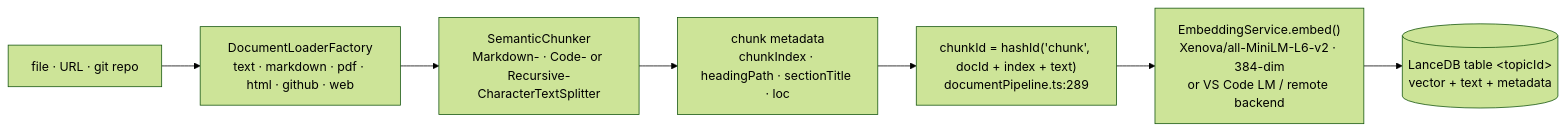
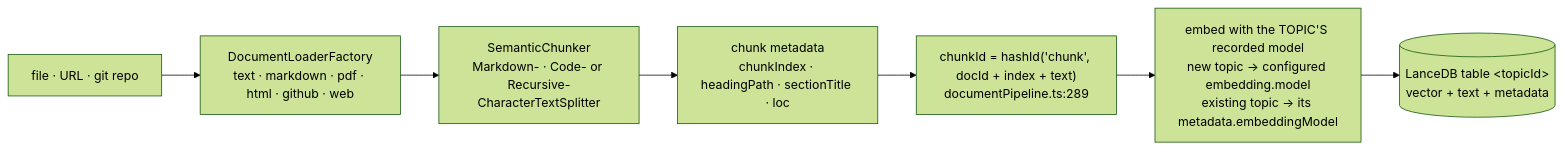
One commit to hyorman/RAGnarok changed the second of 4 diagrams in docs/RETRIEVAL-PIPELINE.md. Above: the diagram before and after it, drawn with Mermaid (forest theme). The commit also changed other lines of this file and 5 other files, not shown here.

Commit message:
docs: describe per-topic embedding models

````diff
--- a/docs/RETRIEVAL-PIPELINE.md
+++ b/docs/RETRIEVAL-PIPELINE.md
@@ -39,9 +39,9 @@
 ```mermaid
 flowchart LR
   F["file · URL · git repo"] --> L["DocumentLoaderFactory<br/>text · markdown · pdf · html · github · web"]
   L --> C["SemanticChunker<br/>Markdown- · Code- or Recursive-CharacterTextSplitter"]
   C --> M["chunk metadata<br/>chunkIndex · headingPath · sectionTitle · loc"]
   M --> ID["chunkId = hashId('chunk', docId + index + text)<br/>documentPipeline.ts:289"]
-  ID --> E["EmbeddingService.embed()<br/>Xenova/all-MiniLM-L6-v2 · 384-dim<br/>or VS Code LM / remote backend"]
+  ID --> E["embed with the TOPIC'S recorded model<br/>new topic → configured embedding.model<br/>existing topic → its metadata.embeddingModel"]
   E --> V[("LanceDB table &lt;topicId&gt;<br/>vector + text + metadata")]
 ```
````
